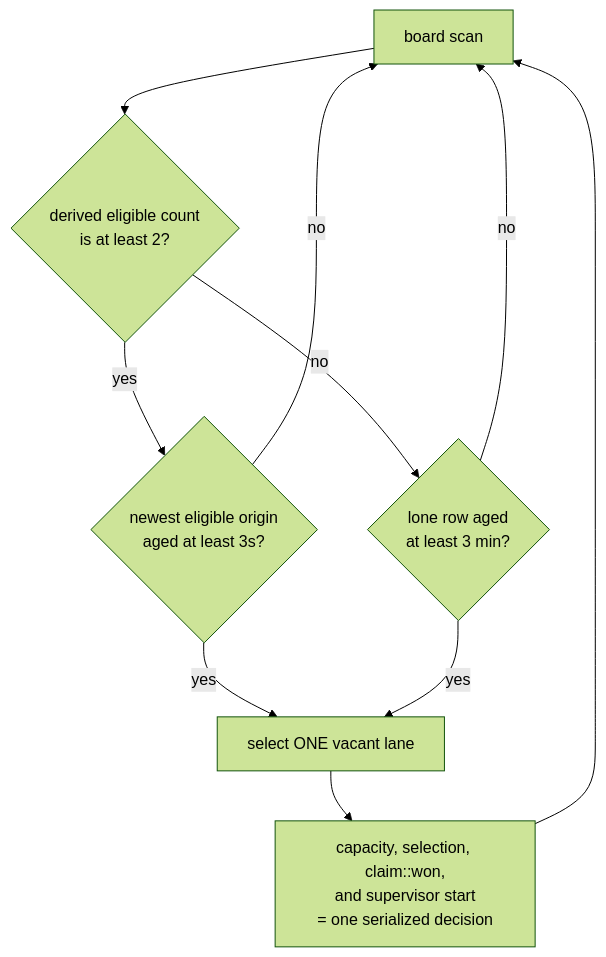
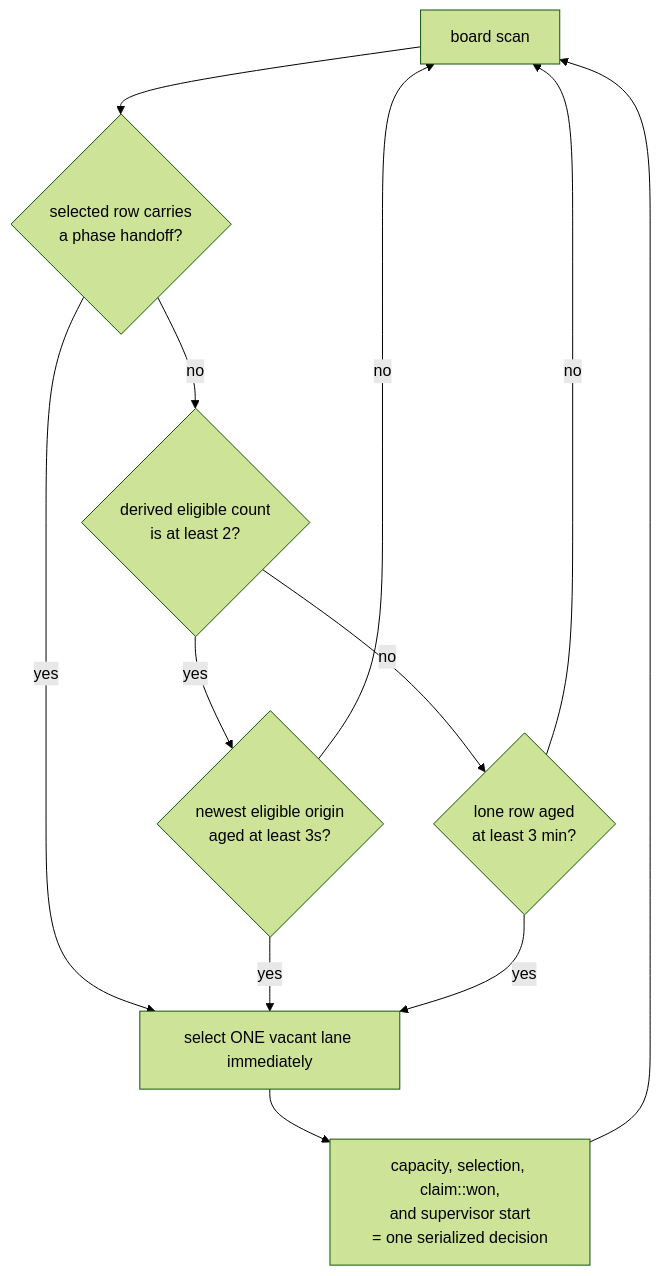
Diagram 12 of 17 in docs/product/loops.md (infimalabs/spice-rust), drawn with Mermaid (forest theme) before and after one commit. The commit also changed other lines of this file and 23 other files, not shown here.

Commit message:
scheduler: Coordinate phase handoff across idle teammates ALLOCAT-dVVJKBCV4

````diff
--- a/docs/product/loops.md
+++ b/docs/product/loops.md
@@ -321,12 +321,14 @@
 ```mermaid
 flowchart TD
-  B["board scan"] --> R{"derived eligible count<br/>is at least 2?"}
+  B["board scan"] --> H{"selected row carries<br/>a phase handoff?"}
+  H -- yes --> W["select ONE vacant lane immediately"]
+  H -- no --> R{"derived eligible count<br/>is at least 2?"}
   R -- yes --> S{"newest eligible origin<br/>aged at least 3s?"}
   R -- no --> L{"lone row aged<br/>at least 3 min?"}
-  S -- yes --> W["select ONE vacant lane"]
+  S -- yes --> W
   S -- no --> B
   L -- yes --> W
   L -- no --> B
   W --> C["capacity, selection, claim::won,<br/>and supervisor start<br/>= one serialized decision"]
   C --> B
 ```
````
